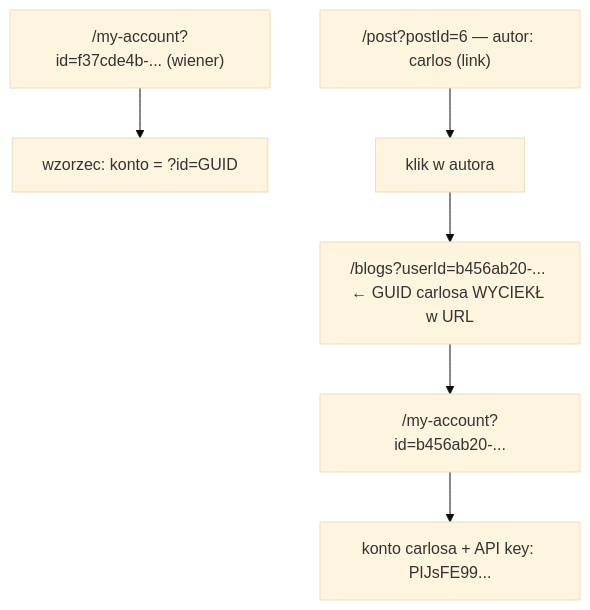
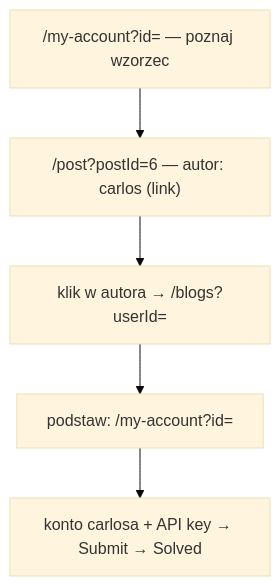
Before and after one commit to DrCondor/portswigger-labs: the diagram in access-control/04-user-id-unpredictable-guid.md, drawn with Mermaid (base theme). The commit also changed other lines of this file and 26 other files, not shown here.

````diff
--- a/access-control/04-user-id-unpredictable-guid.md
+++ b/access-control/04-user-id-unpredictable-guid.md
@@ -40,8 +34,7 @@
 ```mermaid
 flowchart TD
-    A["/my-account?id=f37cde4b-... (wiener)"] --> B[wzorzec: konto = ?id=GUID]
-    C["/post?postId=6 — autor: carlos (link)"] --> D["klik w autora"]
-    D --> E["/blogs?userId=b456ab20-... ← GUID carlosa WYCIEKŁ w URL"]
-    E --> F["/my-account?id=b456ab20-..."]
-    F --> G["konto carlosa + API key: PIJsFE99..."]
+    A["/my-account?id=<swój GUID> — poznaj wzorzec"] --> B["/post?postId=6 — autor: carlos (link)"]
+    B --> C["klik w autora → /blogs?userId=<GUID carlosa>"]
+    C --> D["podstaw: /my-account?id=<GUID carlosa>"]
+    D --> E["konto carlosa + API key → Submit → Solved"]
 ```
````
